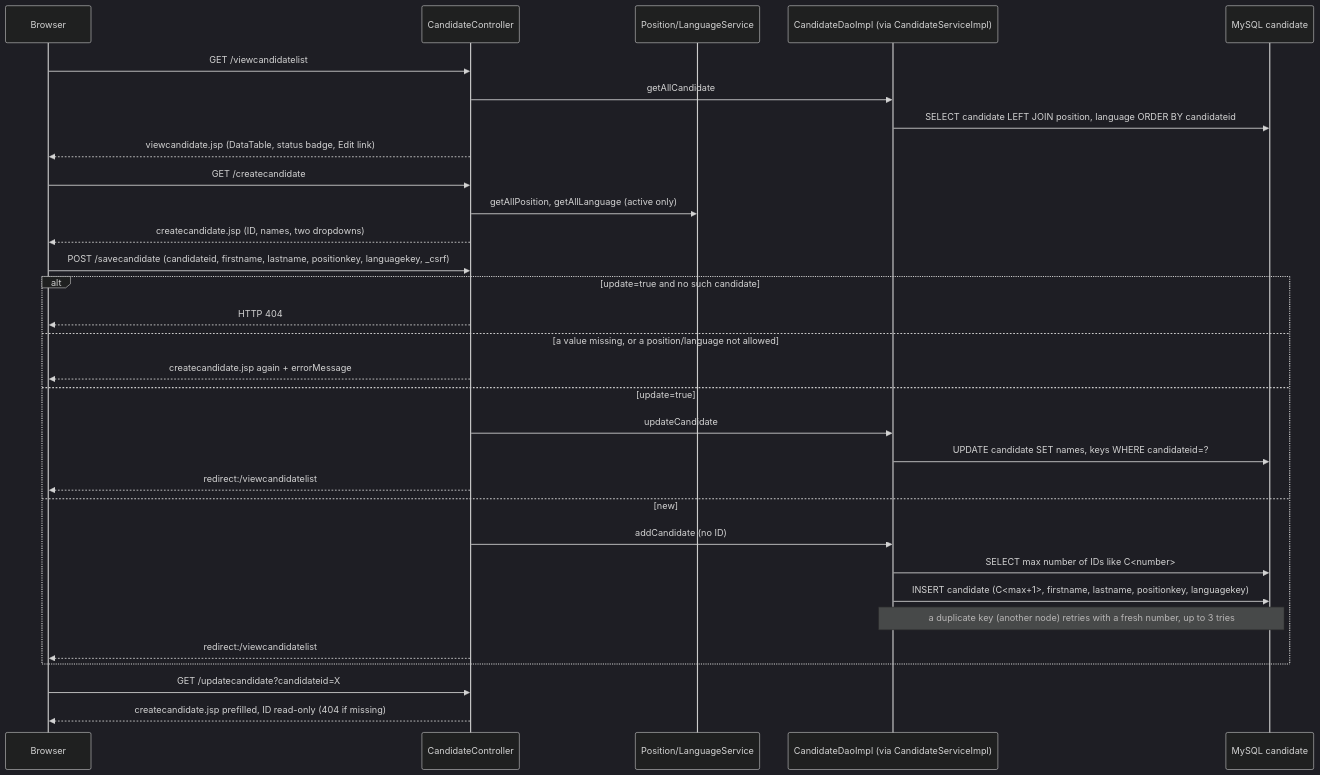
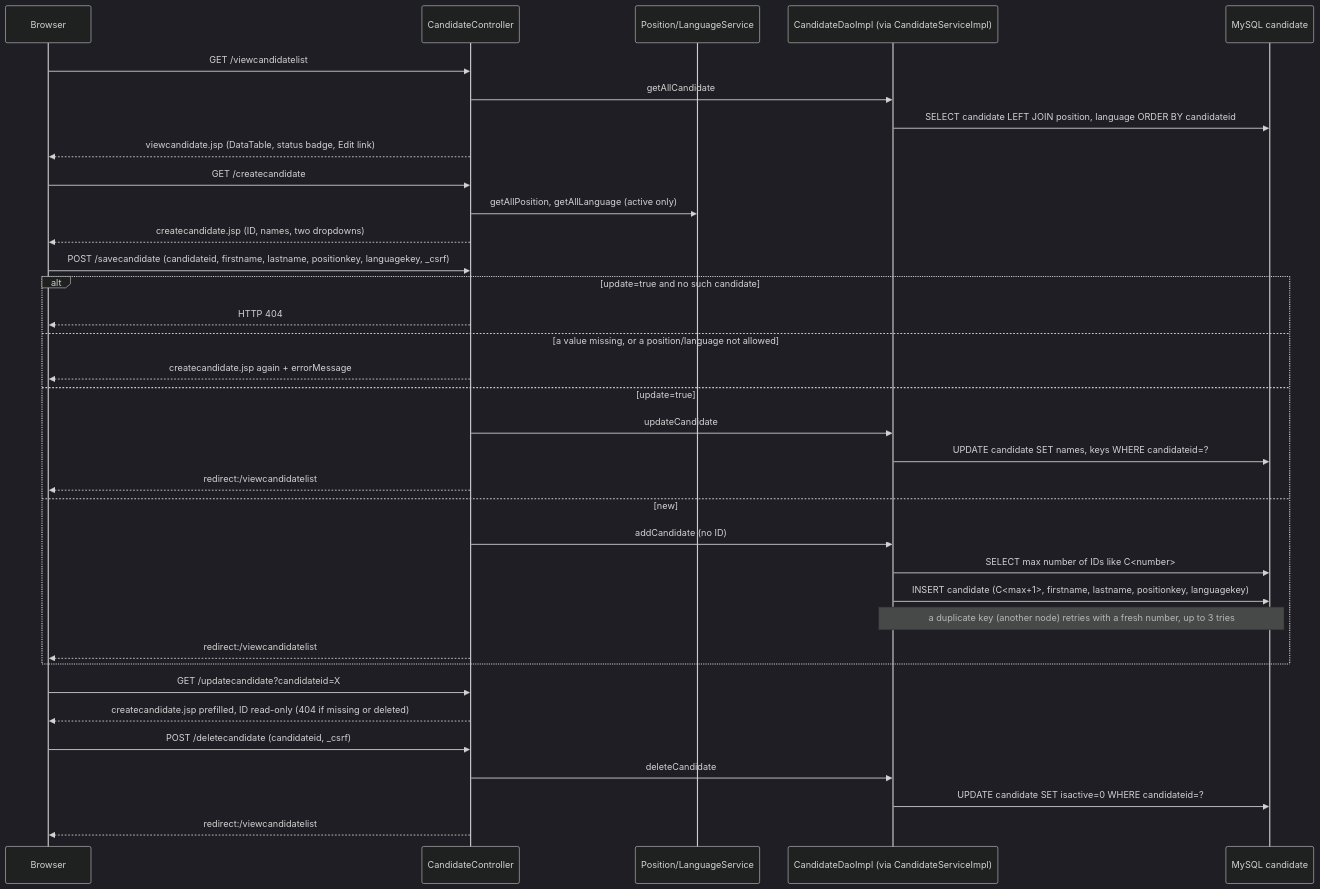
One commit to rafitsabbir/RMS changed the diagram in docs/business-flows/candidates.md. Above: the diagram before and after it, drawn with Mermaid (dark theme). The commit also changed other lines of this file and 22 other files, not shown here.

````diff
--- a/docs/business-flows/candidates.md
+++ b/docs/business-flows/candidates.md
@@ -9,33 +9,37 @@
 ```mermaid
 sequenceDiagram
   participant B as Browser
   participant C as CandidateController
   participant P as Position/LanguageService
   participant D as CandidateDaoImpl (via CandidateServiceImpl)
   participant DB as MySQL candidate
   B->>C: GET /viewcandidatelist
   C->>D: getAllCandidate
   D->>DB: SELECT candidate LEFT JOIN position, language ORDER BY candidateid
   C-->>B: viewcandidate.jsp (DataTable, status badge, Edit link)
   B->>C: GET /createcandidate
   C->>P: getAllPosition, getAllLanguage (active only)
   C-->>B: createcandidate.jsp (ID, names, two dropdowns)
   B->>C: POST /savecandidate (candidateid, firstname, lastname, positionkey, languagekey, _csrf)
   alt update=true and no such candidate
     C-->>B: HTTP 404
   else a value missing, or a position/language not allowed
     C-->>B: createcandidate.jsp again + errorMessage
   else update=true
     C->>D: updateCandidate
     D->>DB: UPDATE candidate SET names, keys WHERE candidateid=?
     C-->>B: redirect:/viewcandidatelist
   else new
     C->>D: addCandidate (no ID)
     D->>DB: SELECT max number of IDs like C<number>
     D->>DB: INSERT candidate (C<max+1>, firstname, lastname, positionkey, languagekey)
     Note over D,DB: a duplicate key (another node) retries with a fresh number, up to 3 tries
     C-->>B: redirect:/viewcandidatelist
   end
   B->>C: GET /updatecandidate?candidateid=X
-  C-->>B: createcandidate.jsp prefilled, ID read-only (404 if missing)
+  C-->>B: createcandidate.jsp prefilled, ID read-only (404 if missing or deleted)
+  B->>C: POST /deletecandidate (candidateid, _csrf)
+  C->>D: deleteCandidate
+  D->>DB: UPDATE candidate SET isactive=0 WHERE candidateid=?
+  C-->>B: redirect:/viewcandidatelist
 ```
````
